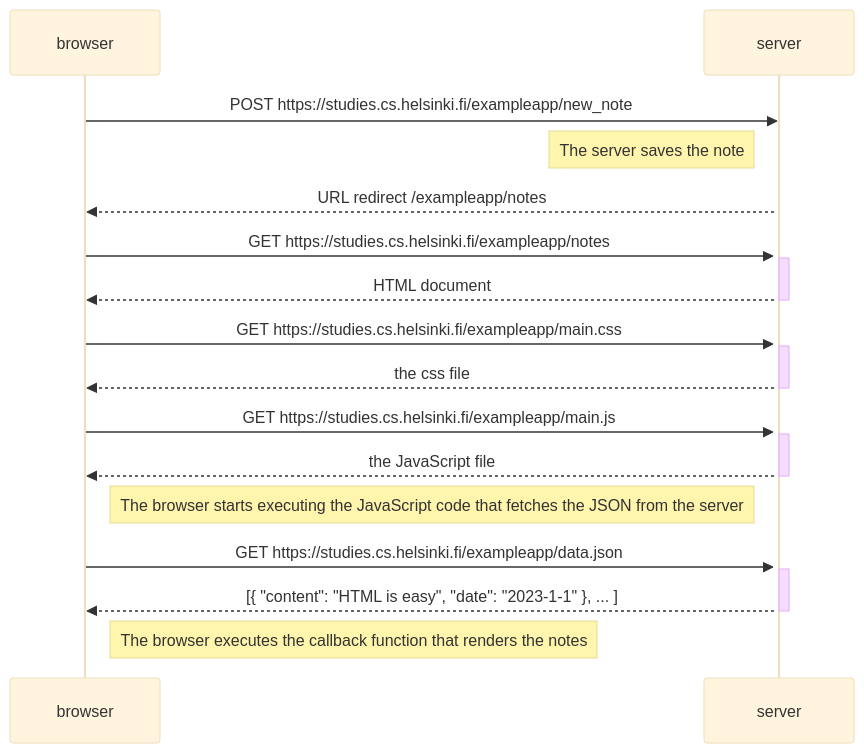
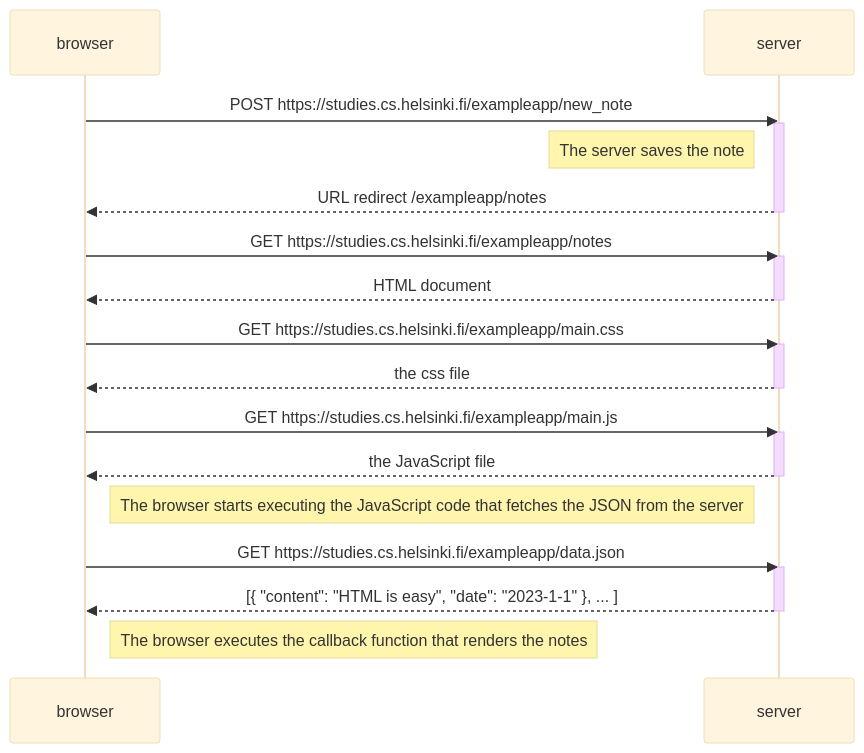
One commit to qkrwlsfl00/fullstackopen changed the diagram in part 0/0.4.md. Above: the diagram before and after it, drawn with Mermaid (base theme).

````diff
--- a/part 0/0.4.md
+++ b/part 0/0.4.md
@@ -1,34 +1,35 @@
 ```mermaid
 sequenceDiagram
     participant browser
     participant server
 
     browser->>server: POST https://studies.cs.helsinki.fi/exampleapp/new_note
     activate server
     Note left of server: The server saves the note
     server-->>browser: URL redirect /exampleapp/notes
+    deactivate server
 
     browser->>server: GET https://studies.cs.helsinki.fi/exampleapp/notes
     activate server
     server-->>browser: HTML document
     deactivate server
 
     browser->>server: GET https://studies.cs.helsinki.fi/exampleapp/main.css
     activate server
     server-->>browser: the css file
     deactivate server
 
     browser->>server: GET https://studies.cs.helsinki.fi/exampleapp/main.js
     activate server
     server-->>browser: the JavaScript file
     deactivate server
 
     Note right of browser: The browser starts executing the JavaScript code that fetches the JSON from the server
 
     browser->>server: GET https://studies.cs.helsinki.fi/exampleapp/data.json
     activate server
     server-->>browser: [{ "content": "HTML is easy", "date": "2023-1-1" }, ... ]
     deactivate server
 
     Note right of browser: The browser executes the callback function that renders the notes
 ```
````
